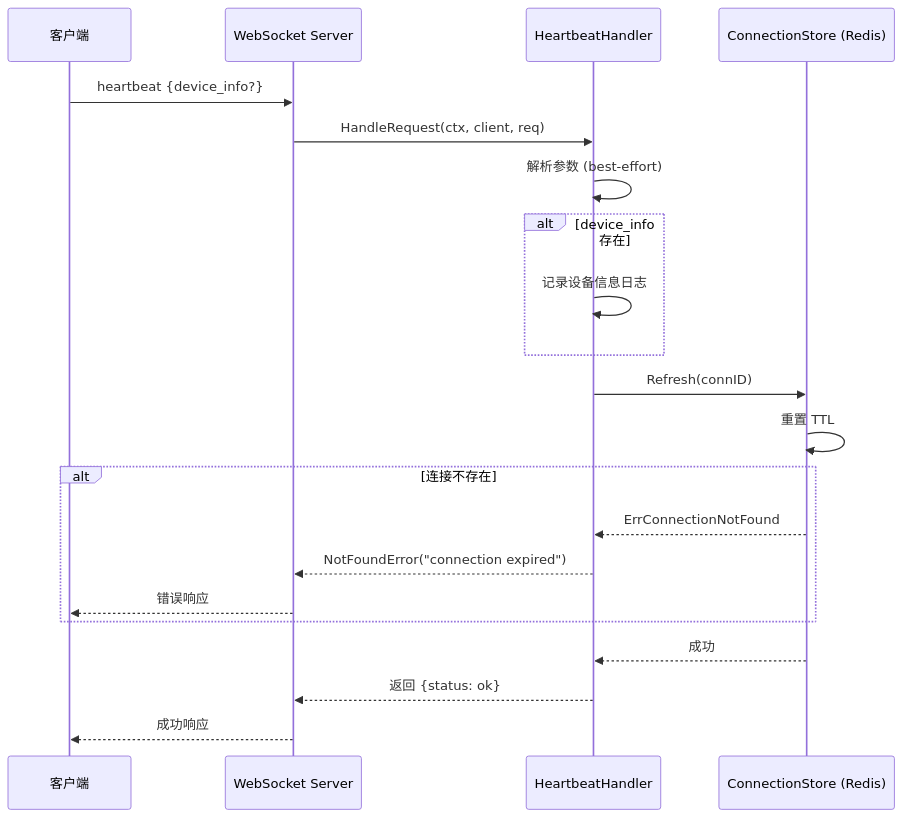
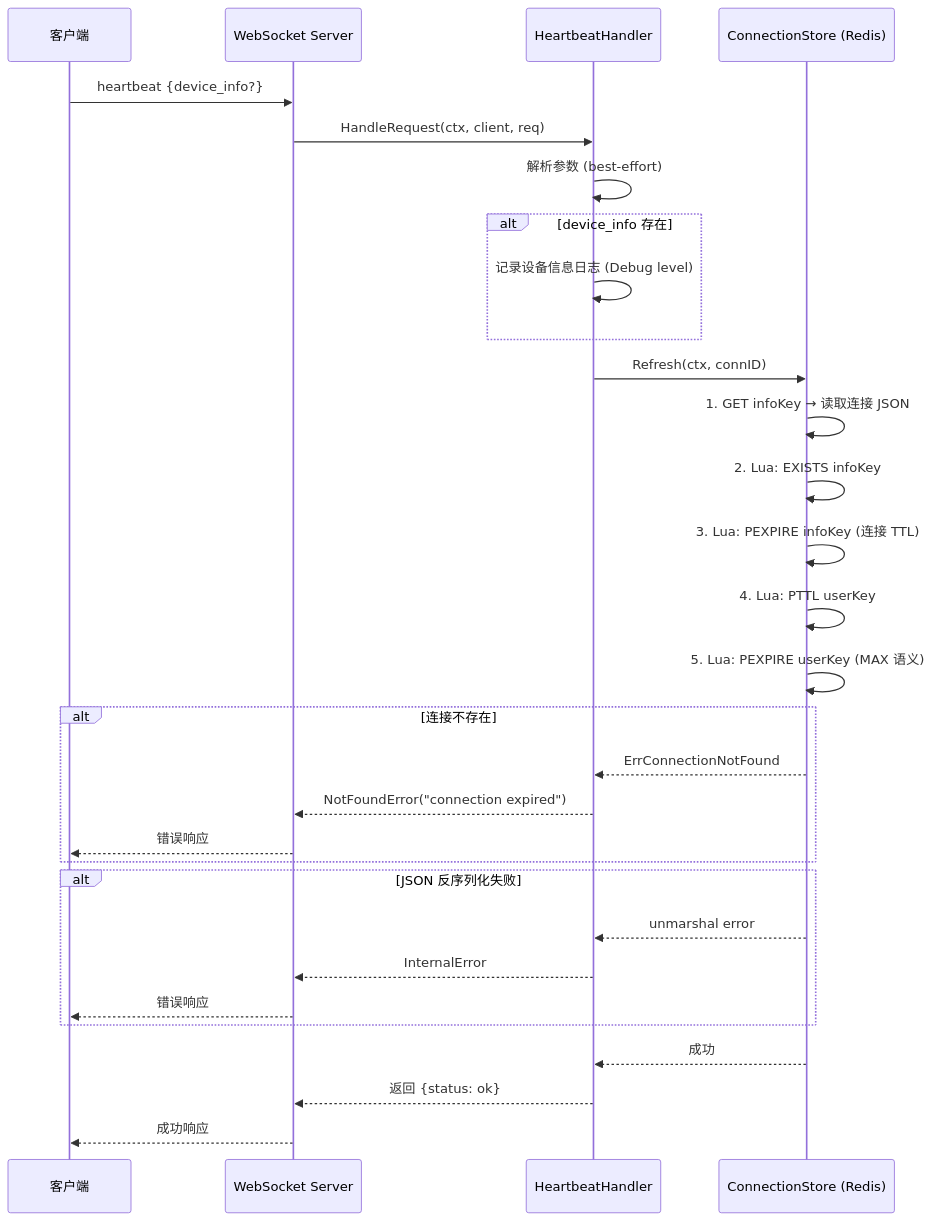
One commit to PineappleBond/xyncra-server changed the first of 5 diagrams in wiki/flows/heartbeat.md. Above: the diagram before and after it, drawn with Mermaid. The commit also changed other lines of this file and 16 other files, not shown here.

First line of the commit message:
docs(wiki): comprehensive review and fix of all flow documents

````diff
--- a/wiki/flows/heartbeat.md
+++ b/wiki/flows/heartbeat.md
@@ -38,29 +40,39 @@
 ```mermaid
 sequenceDiagram
     participant C as 客户端
     participant WS as WebSocket Server
     participant H as HeartbeatHandler
     participant CS as ConnectionStore (Redis)
 
     C->>WS: heartbeat {device_info?}
     WS->>H: HandleRequest(ctx, client, req)
 
     H->>H: 解析参数 (best-effort)
 
     alt device_info 存在
-        H->>H: 记录设备信息日志
+        H->>H: 记录设备信息日志 (Debug level)
     end
 
-    H->>CS: Refresh(connID)
-    CS->>CS: 重置 TTL
+    H->>CS: Refresh(ctx, connID)
+    CS->>CS: 1. GET infoKey → 读取连接 JSON
+    CS->>CS: 2. Lua: EXISTS infoKey
+    CS->>CS: 3. Lua: PEXPIRE infoKey (连接 TTL)
+    CS->>CS: 4. Lua: PTTL userKey
+    CS->>CS: 5. Lua: PEXPIRE userKey (MAX 语义)
 
     alt 连接不存在
         CS-->>H: ErrConnectionNotFound
         H-->>WS: NotFoundError("connection expired")
         WS-->>C: 错误响应
     end
 
+    alt JSON 反序列化失败
+        CS-->>H: unmarshal error
+        H-->>WS: InternalError
+        WS-->>C: 错误响应
+    end
+
     CS-->>H: 成功
     H-->>WS: 返回 {status: ok}
     WS-->>C: 成功响应
 ```
````
